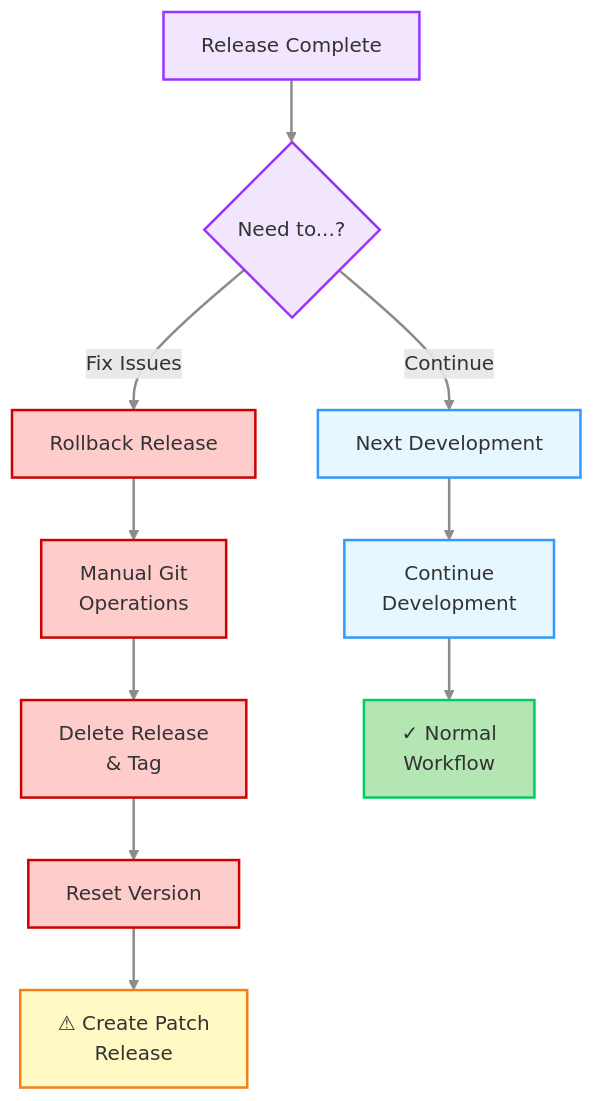
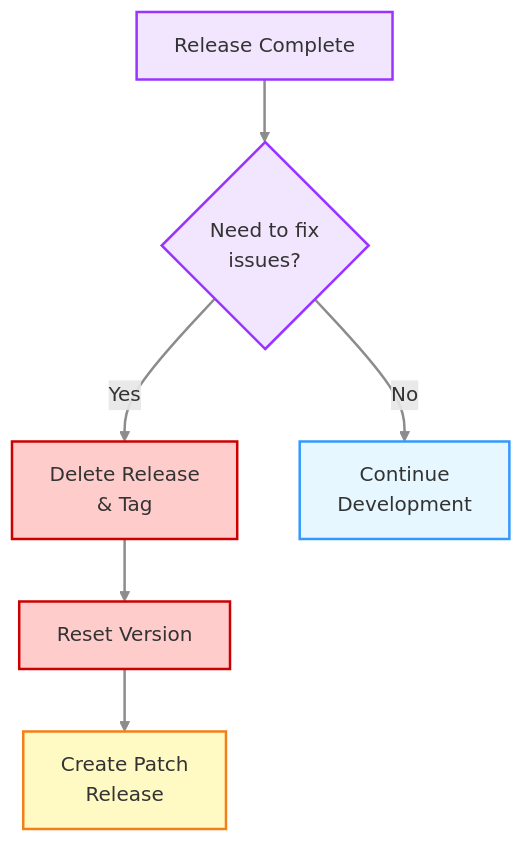
One commit to minouris/spafw37 changed the tenth of 17 diagrams in .github/RELEASE_PROCESS.md. Above: the diagram before and after it, drawn with Mermaid. The commit also changed other lines of this file and 4 other files, not shown here.

Commit message:
Fixed Changelog generation problems, and updated RELEASE_PROCESS.md

````diff
--- a/.github/RELEASE_PROCESS.md
+++ b/.github/RELEASE_PROCESS.md
@@ -929,28 +670,21 @@
 ```mermaid
-graph TD
-    A[Release Complete] --> B{Need to...?}
-    B -->|Fix Issues| C[Rollback Release]
-    B -->|Continue| D[Next Development]
+graph TB
+    A["Release Complete"] --> B{"Need to fix<br/>issues?"}
+    B -->|Yes| C["Delete Release<br/>& Tag"]
+    B -->|No| D["Continue<br/>Development"]
     
-    C --> C1[Manual Git<br/>Operations]
-    C1 --> C2[Delete Release<br/>& Tag]
-    C2 --> C3[Reset Version]
-    C3 --> C4[⚠ Create Patch<br/>Release]
-    
-    D --> D1[Continue<br/>Development]
-    D1 --> D2[✓ Normal<br/>Workflow]
+    C --> E["Reset Version"]
+    E --> F["Create Patch<br/>Release"]
     
     classDef decisionStyle fill:#f2e6ff,stroke:#9933ff,stroke-width:2px,color:#333
     classDef rollbackStyle fill:#ffcccc,stroke:#cc0000,stroke-width:2px,color:#333
     classDef processStyle fill:#e6f7ff,stroke:#3399ff,stroke-width:2px,color:#333
     classDef warningStyle fill:#fff9c4,stroke:#f57f17,stroke-width:2px,color:#333
-    classDef successStyle fill:#b3e6b3,stroke:#00cc66,stroke-width:2px,color:#333
     
     class A,B decisionStyle
-    class C,C1,C2,C3 rollbackStyle
-    class D,D1 processStyle
-    class C4 warningStyle
-    class D2 successStyle
+    class C,E rollbackStyle
+    class D processStyle
+    class F warningStyle
     
     linkStyle default stroke:#8c8c8c,stroke-width:2px
 ```
````
